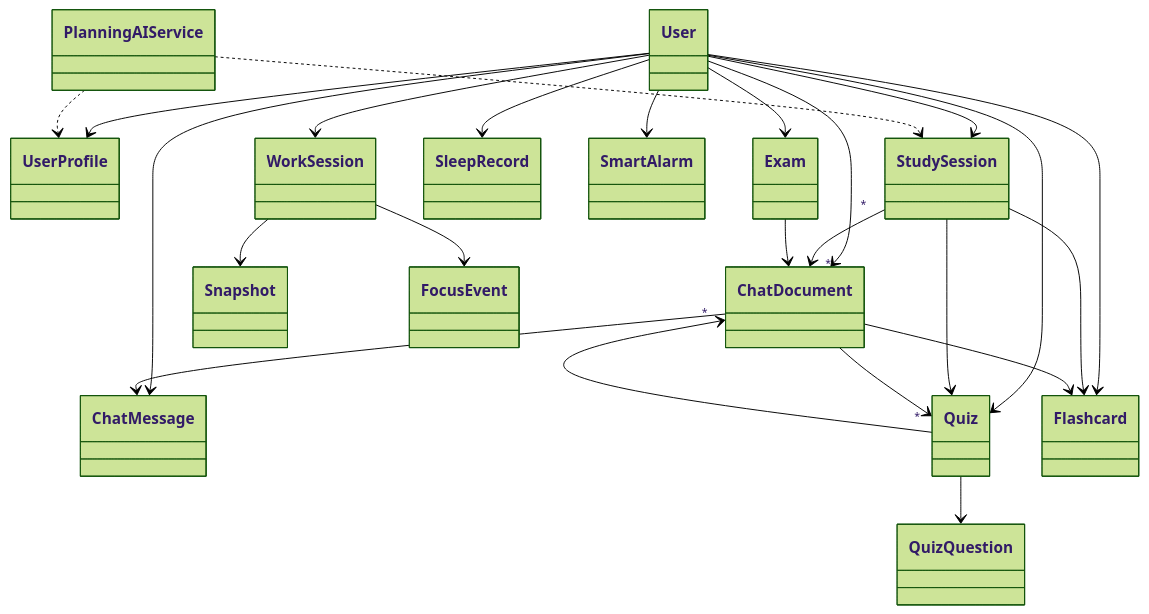
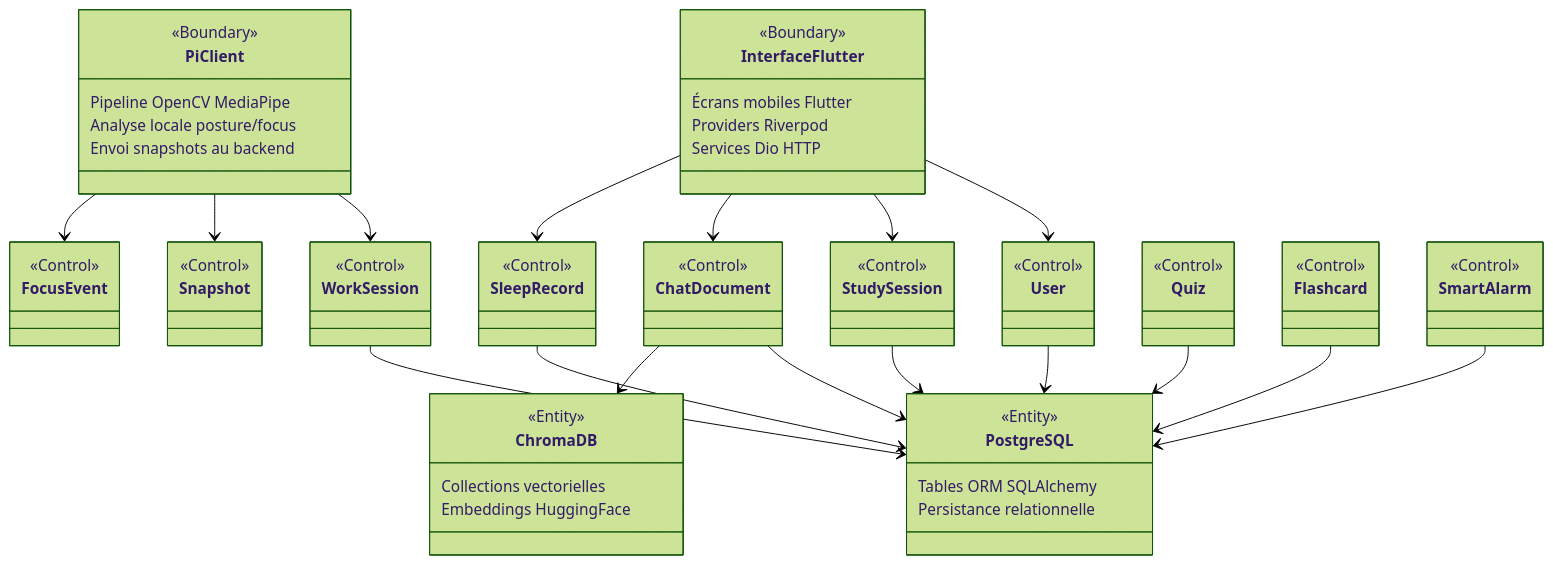
One commit to Jkacem/smart_focus changed the first of 7 diagrams in docs/Conception_DiagrammeClasses.md. Above: the diagram before and after it, drawn with Mermaid (forest theme). The commit also changed other lines of this file and 31 other files, not shown here.

````diff
--- a/docs/Conception_DiagrammeClasses.md
+++ b/docs/Conception_DiagrammeClasses.md
@@ -11,34 +22,79 @@
 ```mermaid
 classDiagram
     direction TB
 
-    User --> UserProfile
-    User --> StudySession
-    User --> Exam
-    User --> ChatDocument
-    User --> ChatMessage
-    User --> Quiz
-    User --> Flashcard
-    User --> SleepRecord
-    User --> SmartAlarm
-    User --> WorkSession
+    class InterfaceFlutter {
+        <<Boundary>>
+        Écrans mobiles Flutter
+        Providers Riverpod
+        Services Dio HTTP
+    }
 
-    StudySession "*" --> "*" ChatDocument
-    StudySession --> Quiz
-    StudySession --> Flashcard
+    class PiClient {
+        <<Boundary>>
+        Pipeline OpenCV MediaPipe
+        Analyse locale posture/focus
+        Envoi snapshots au backend
+    }
 
-    Exam --> ChatDocument
+    class PostgreSQL {
+        <<Entity>>
+        Tables ORM SQLAlchemy
+        Persistance relationnelle
+    }
 
-    ChatDocument --> ChatMessage
-    ChatDocument --> Quiz
-    ChatDocument --> Flashcard
+    class ChromaDB {
+        <<Entity>>
+        Collections vectorielles
+        Embeddings HuggingFace
+    }
 
-    Quiz --> QuizQuestion
-    Quiz "*" --> "*" ChatDocument
+    InterfaceFlutter --> User
+    InterfaceFlutter --> StudySession
+    InterfaceFlutter --> ChatDocument
+    InterfaceFlutter --> SleepRecord
+    PiClient --> WorkSession
+    PiClient --> Snapshot
+    PiClient --> FocusEvent
 
-    WorkSession --> Snapshot
-    WorkSession --> FocusEvent
+    User --> PostgreSQL
+    WorkSession --> PostgreSQL
+    StudySession --> PostgreSQL
+    ChatDocument --> PostgreSQL
+    ChatDocument --> ChromaDB
+    Quiz --> PostgreSQL
+    Flashcard --> PostgreSQL
+    SleepRecord --> PostgreSQL
+    SmartAlarm --> PostgreSQL
 
-    PlanningAIService ..> StudySession
-    PlanningAIService ..> UserProfile
+    class User {
+        <<Control>>
+    }
+    class WorkSession {
+        <<Control>>
+    }
+    class StudySession {
+        <<Control>>
+    }
+    class ChatDocument {
+        <<Control>>
+    }
+    class Quiz {
+        <<Control>>
+    }
+    class Flashcard {
+        <<Control>>
+    }
+    class SleepRecord {
+        <<Control>>
+    }
+    class SmartAlarm {
+        <<Control>>
+    }
+    class Snapshot {
+        <<Control>>
+    }
+    class FocusEvent {
+        <<Control>>
+    }
 ```
````
